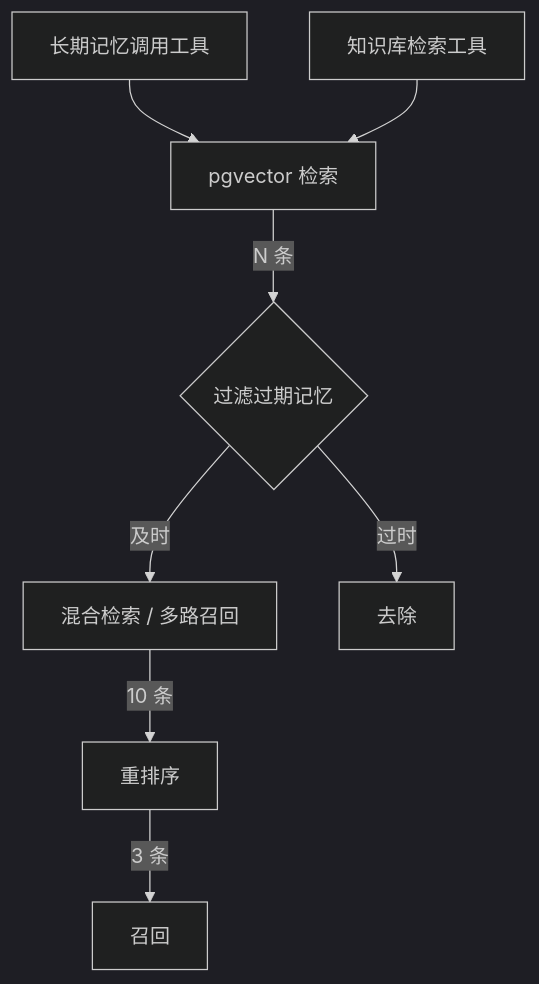
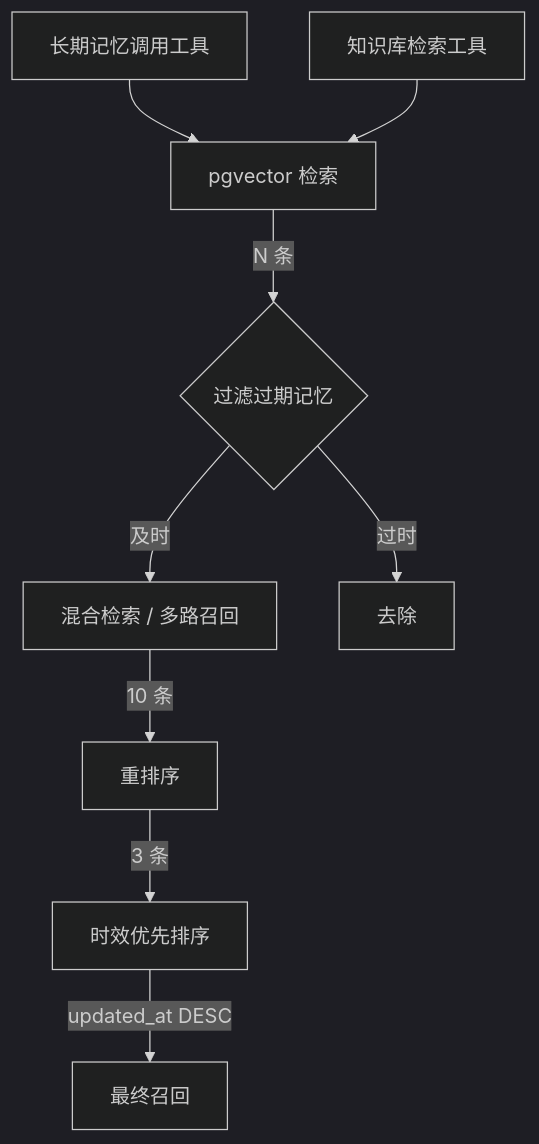
Before and after one commit to xiao-Huahuo/Agent-Core-Service: the second of 6 diagrams in README.md, drawn with Mermaid (dark theme). The commit also changed other lines of this file and 2 other files, not shown here.

Commit message:
新算法

````diff
--- a/README.md
+++ b/README.md
@@ -89,10 +89,11 @@
 ```mermaid
 flowchart TD
     A[长期记忆调用工具] --> B[pgvector 检索]
     C[知识库检索工具] --> B
     B -->|N 条| H{过滤过期记忆}
     H -->|及时| D[混合检索 / 多路召回]
     D -->|10 条| E[重排序]
-    E -->|3 条| F[召回]
+    E -->|3 条| F[时效优先排序]
+    F -->|updated_at DESC| I[最终召回]
     H -->|过时| G[去除]
 ```
````
